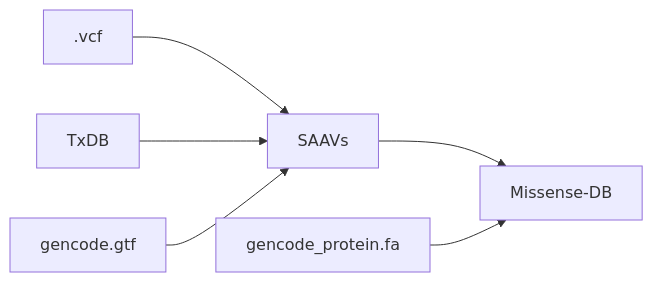
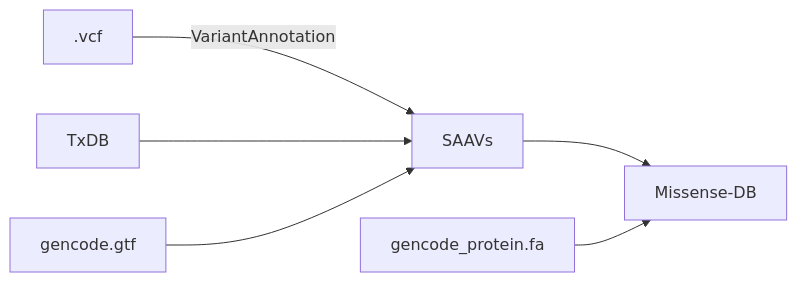
Before and after one commit to hdesai17/chemoproteogenomics: the diagram in README.md, drawn with Mermaid.

````diff
--- a/README.md
+++ b/README.md
@@ -19,8 +19,8 @@
 ```mermaid
 flowchart LR;
-   .vcf-->SAAVs;
+   .vcf-->|VariantAnnotation|SAAVs;
    TxDB -->SAAVs;
    gencode.gtf-->SAAVs;
    SAAVs-->Missense-DB;
    gencode_protein.fa-->Missense-DB;
 ```
````
